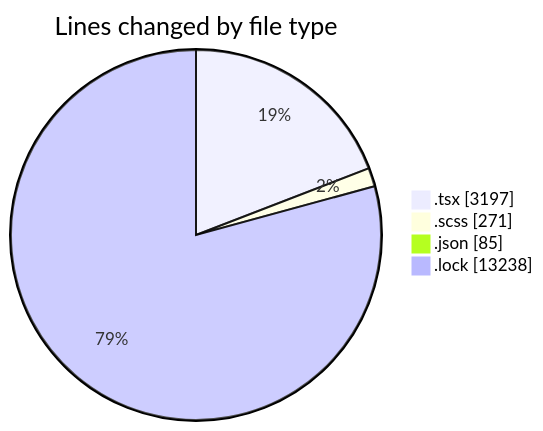
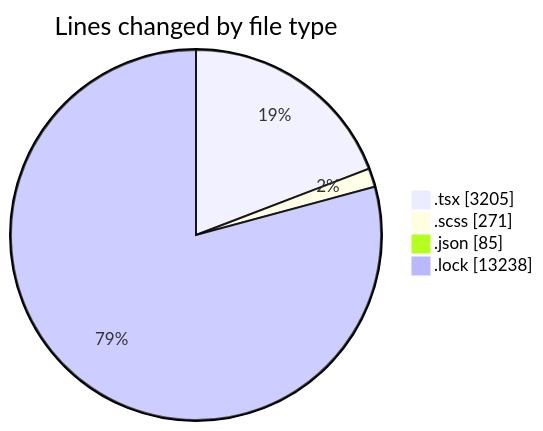
Before and after one commit to momahboobian/code-tracking: the first of 2 diagrams in 2025-11-18/cda/README.md, drawn with Mermaid. The commit also changed other lines of this file and 1 other file, not shown here.

````diff
--- a/2025-11-18/cda/README.md
+++ b/2025-11-18/cda/README.md
@@ -29,8 +29,8 @@
 ```mermaid
 pie showData
 title Lines changed by file type
-".tsx" : 3197
+".tsx" : 3205
 ".scss" : 271
 ".json" : 85
 ".lock" : 13238
 ```
````
